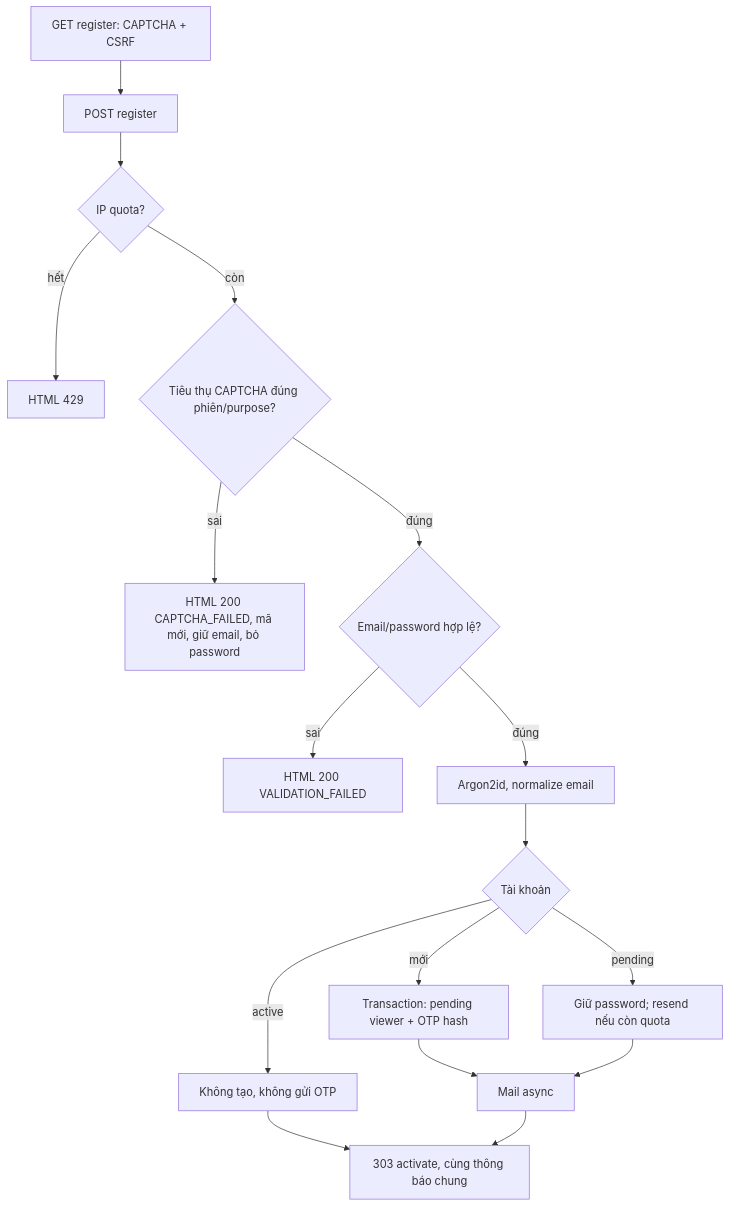
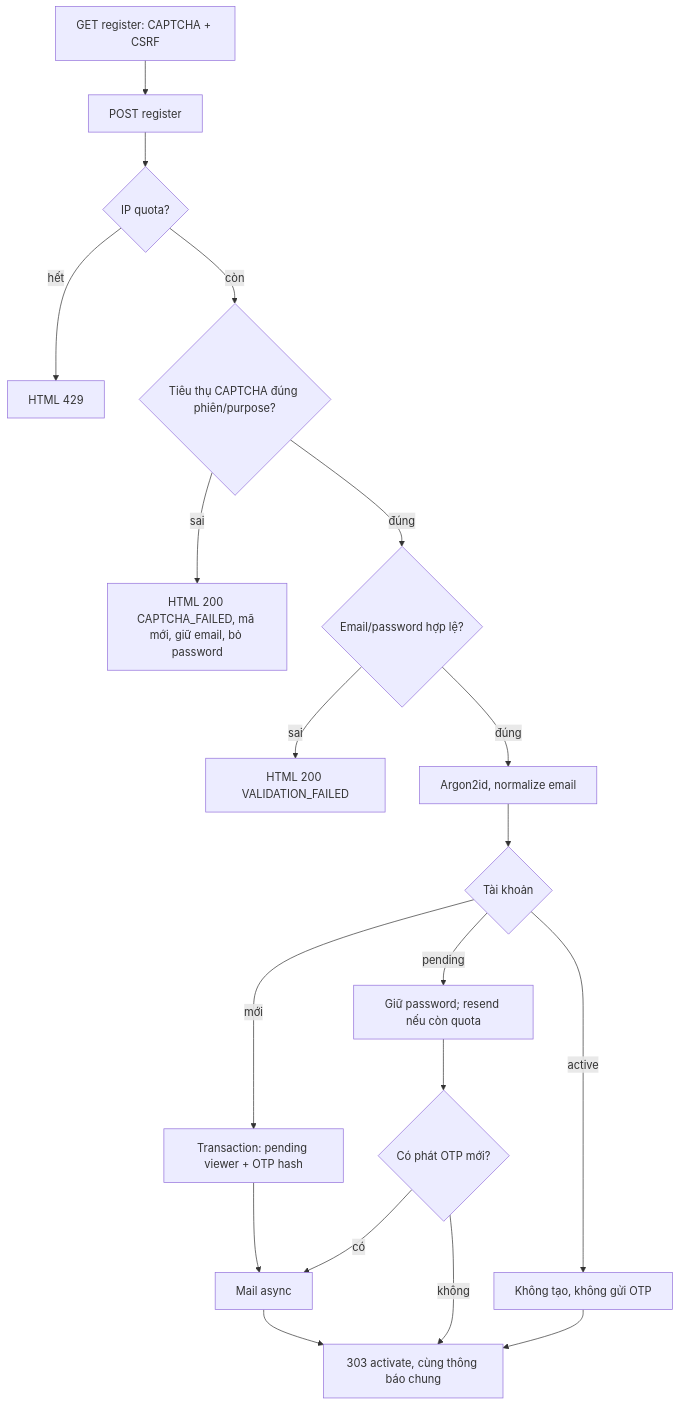
Before and after one commit to 24127250-PhanQuangTien/Block9_SSR: the first of 5 diagrams in docs/flows.md, drawn with Mermaid. The commit also changed other lines of this file and 156 other files, not shown here.

First line of the commit message:
fix(auth): verify native SSR flows and prepare Block8 handoff

````diff
--- a/docs/flows.md
+++ b/docs/flows.md
@@ -5,19 +5,21 @@
 ```mermaid
 flowchart TD
  A[GET register: CAPTCHA + CSRF] --> B[POST register]
  B --> C{IP quota?}
  C -- hết --> R[HTML 429]
  C -- còn --> D{Tiêu thụ CAPTCHA đúng phiên/purpose?}
  D -- sai --> E[HTML 200 CAPTCHA_FAILED, mã mới, giữ email, bỏ password]
  D -- đúng --> F{Email/password hợp lệ?}
  F -- sai --> G[HTML 200 VALIDATION_FAILED]
  F -- đúng --> H[Argon2id, normalize email]
  H --> I{Tài khoản}
  I -- mới --> J[Transaction: pending viewer + OTP hash]
  I -- pending --> K[Giữ password; resend nếu còn quota]
  I -- active --> L[Không tạo, không gửi OTP]
  J --> M[Mail async]
- K --> M
+ K --> Q{Có phát OTP mới?}
+ Q -- có --> M
+ Q -- không --> N
  L --> N[303 activate, cùng thông báo chung]
  M --> N
 ```
````
